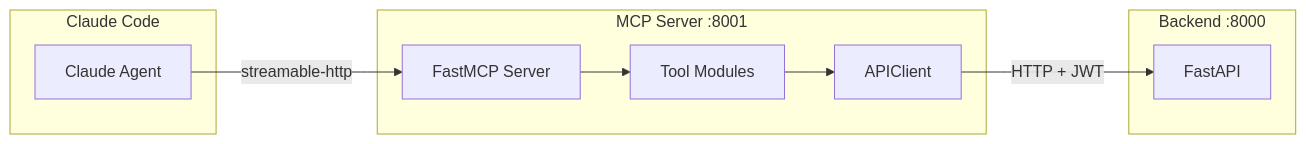
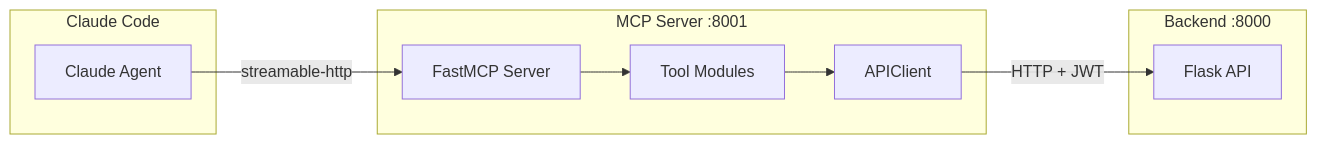
The diagram in docs/architecture/MCP-DESIGN.md (chaseoneillrnd/marketplace-ai), drawn with Mermaid before and after one commit. The commit also changed other lines of this file and 100 other files, not shown here.

First line of the commit message:
Remove dead FastAPI code and update all references to Flask/APIFlask

````diff
--- a/docs/architecture/MCP-DESIGN.md
+++ b/docs/architecture/MCP-DESIGN.md
@@ -7,19 +7,19 @@
 ```mermaid
 graph LR
     subgraph "Claude Code"
         CC[Claude Agent]
     end
     subgraph "MCP Server :8001"
         S[FastMCP Server]
         T[Tool Modules]
         AC[APIClient]
     end
     subgraph "Backend :8000"
-        API[FastAPI]
+        API[Flask API]
     end
 
     CC -->|streamable-http| S
     S --> T
     T --> AC
     AC -->|HTTP + JWT| API
 ```
````
